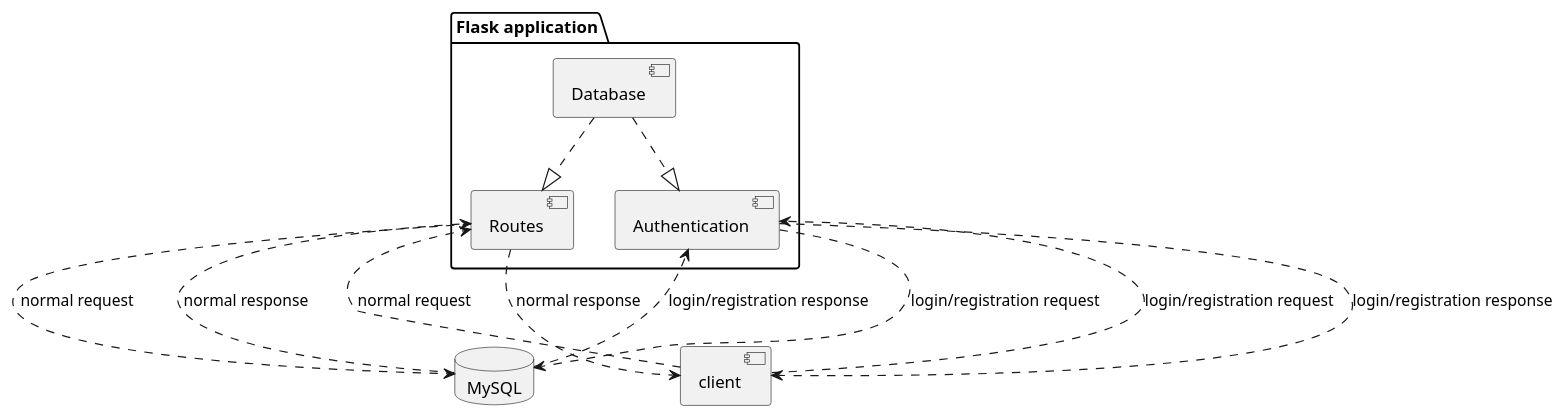
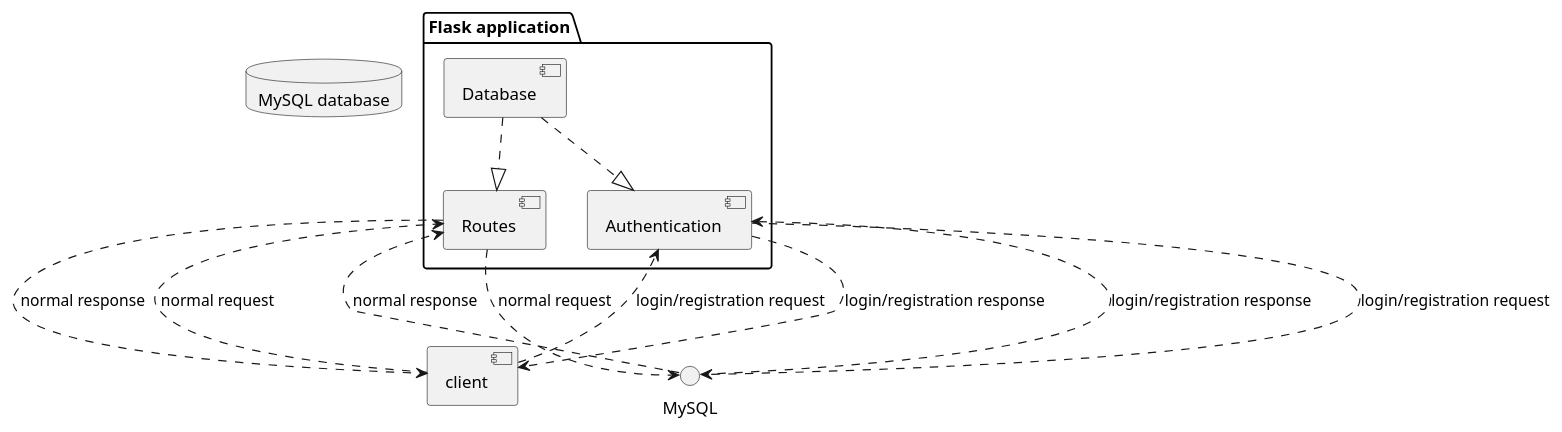
One commit to bilboque/MOOVIE_RECOMMENDER changed the diagram in checkpoint2/architecture.puml. Above: the diagram before and after it, drawn with PlantUML.

Commit message:
architecture

```diff
--- a/checkpoint2/architecture.puml
+++ b/checkpoint2/architecture.puml
@@ -1,26 +1,26 @@
 @startuml
 
 [client]
 package "Flask application" as FA{
 	[Routes] as R
 	[Authentication] as A
 	[Database] as D
 }
-database "MySQL"{
+database "MySQL database"{
 	
 }
 
 D ..|> R
 D ..|> A
 [client] ..> R : normal request
 R ..> MySQL : normal request
 MySQL ..> R : normal response
 R ..> [client] : normal response
 
 [client] ..> A : login/registration request
 A ..> MySQL : login/registration request
 MySQL ..> A : login/registration response
 A ..> [client] : login/registration response
 
 
 @enduml
```
